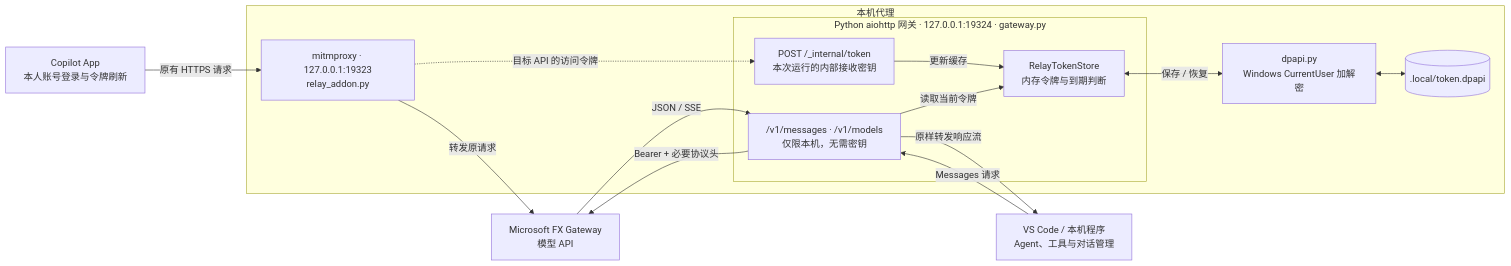
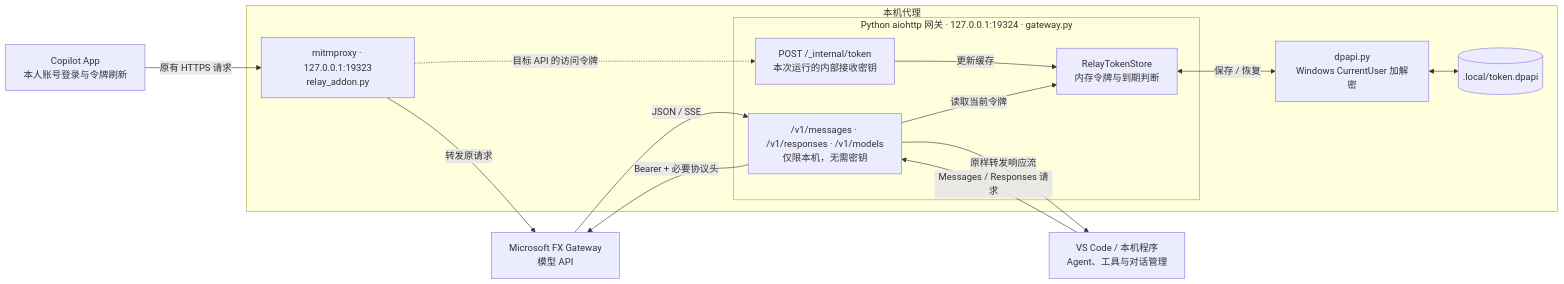
Before and after one commit to madderscientist/copilot-app-proxy: the diagram in README.md, drawn with Mermaid. The commit also changed other lines of this file and 5 other files, not shown here.

````diff
--- a/README.md
+++ b/README.md
@@ -231,29 +265,29 @@
 ```mermaid
 flowchart LR
   App["Copilot App<br/>本人账号登录与令牌刷新"]
   VSCode["VS Code / 本机程序<br/>Agent、工具与对话管理"]
   Upstream["Microsoft FX Gateway<br/>模型 API"]
 
   subgraph Local["本机代理"]
     Relay["mitmproxy · 127.0.0.1:19323<br/>relay_addon.py"]
     subgraph Gateway["Python aiohttp 网关 · 127.0.0.1:19324 · gateway.py"]
       Ingest["POST /_internal/token<br/>本次运行的内部接收密钥"]
-      API["/v1/messages · /v1/models<br/>仅限本机，无需密钥"]
+      API["/v1/messages · /v1/responses · /v1/models<br/>仅限本机，无需密钥"]
       Store["RelayTokenStore<br/>内存令牌与到期判断"]
     end
     DPAPI["dpapi.py<br/>Windows CurrentUser 加解密"]
     Cache[(".local/token.dpapi")]
   end
 
   App -->|"原有 HTTPS 请求"| Relay
   Relay -->|"转发原请求"| Upstream
   Relay -.->|"目标 API 的访问令牌"| Ingest
   Ingest -->|"更新缓存"| Store
   Store <-->|"保存 / 恢复"| DPAPI
   DPAPI <--> Cache
-  VSCode -->|"Messages 请求"| API
+  VSCode -->|"Messages / Responses 请求"| API
   API -->|"读取当前令牌"| Store
   API -->|"Bearer + 必要协议头"| Upstream
   Upstream -->|"JSON / SSE"| API
   API -->|"原样转发响应流"| VSCode
 ```
````
